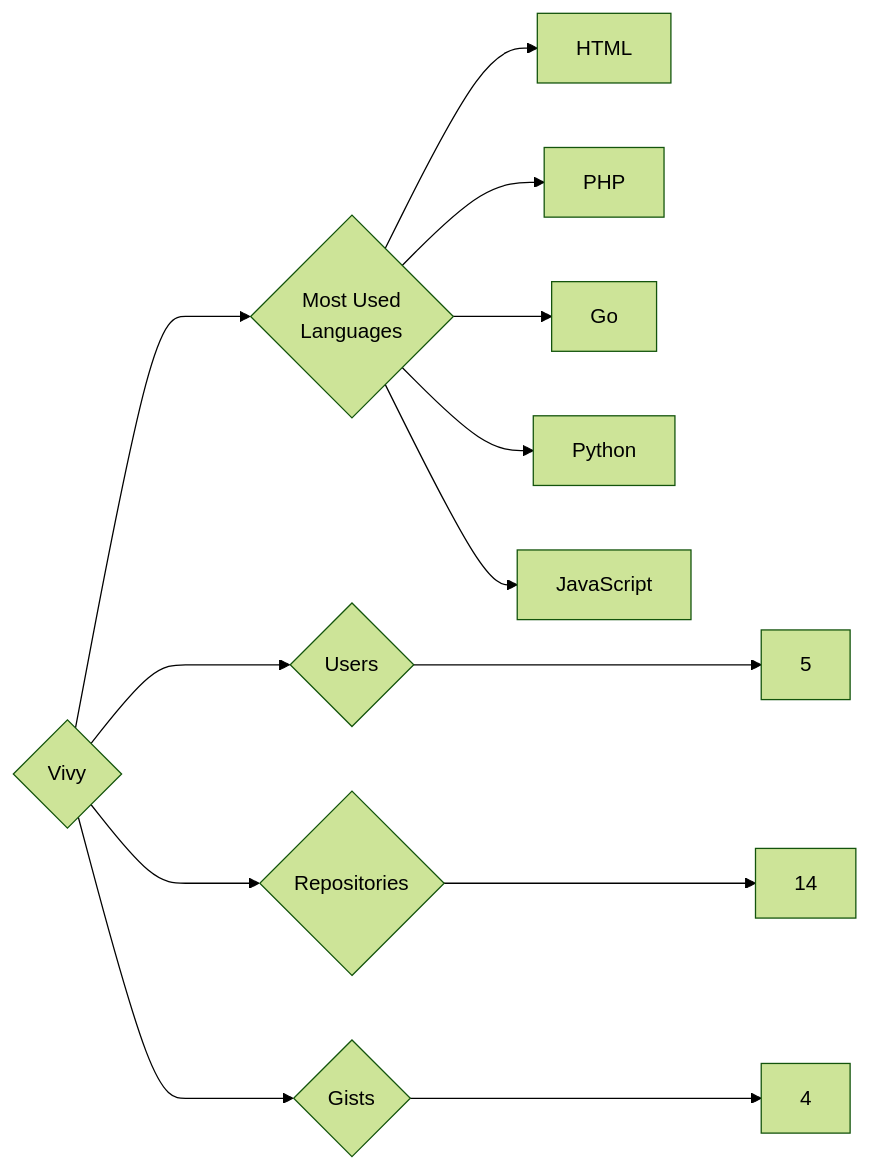
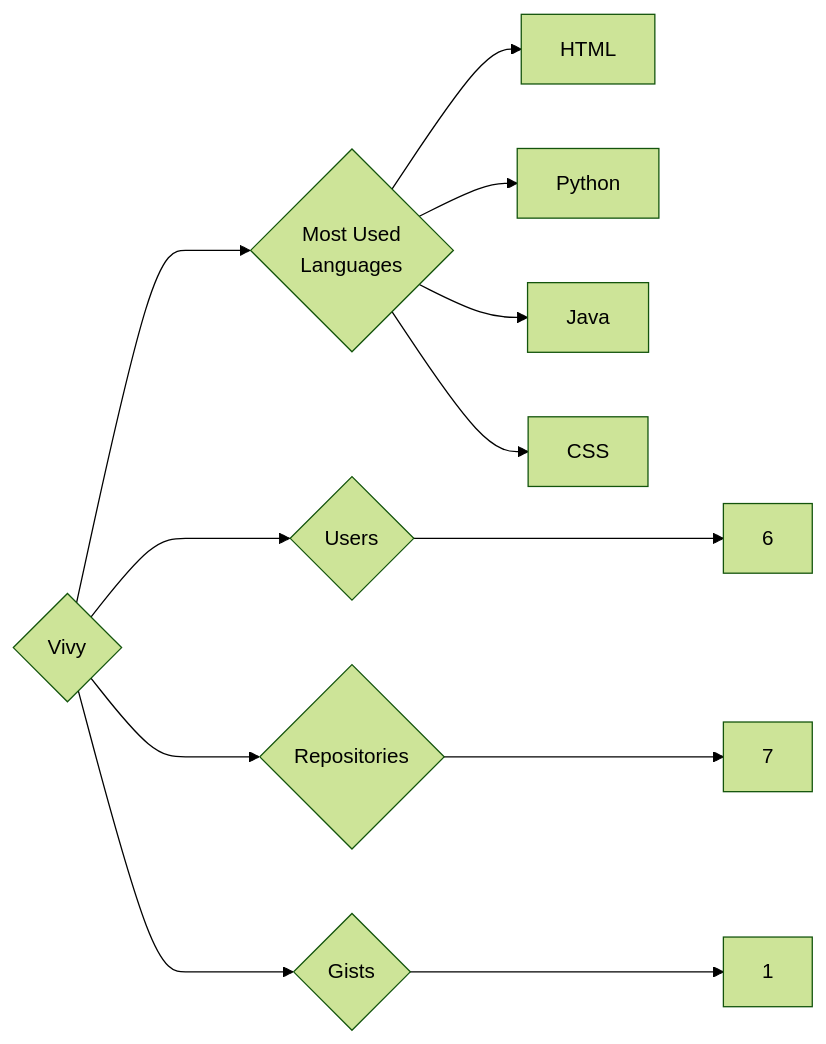
Before and after one commit to trickest/insiders: the diagram in targets/Vivy/README.md, drawn with Mermaid (forest theme). The commit also changed 965 other files, not shown here.

````diff
--- a/targets/Vivy/README.md
+++ b/targets/Vivy/README.md
@@ -3,13 +3,12 @@
 ```mermaid
 graph LR
 COMPANY_NAME{Vivy}
-COMPANY_NAME ---> U{Users} ---> UN[5]
-COMPANY_NAME ---> R{Repositories} ---> RN[14]
-COMPANY_NAME ---> G{Gists} ---> GN[4]
+COMPANY_NAME ---> U{Users} ---> UN[6]
+COMPANY_NAME ---> R{Repositories} ---> RN[7]
+COMPANY_NAME ---> G{Gists} ---> GN[1]
 COMPANY_NAME ---> ML{Most Used<br>Languages}
 ML --> HTML[HTML]
-ML --> PHP[PHP]
-ML --> Go[Go]
 ML --> Python[Python]
-ML --> JavaScript[JavaScript]
+ML --> Java[Java]
+ML --> CSS[CSS]
 ```
````
